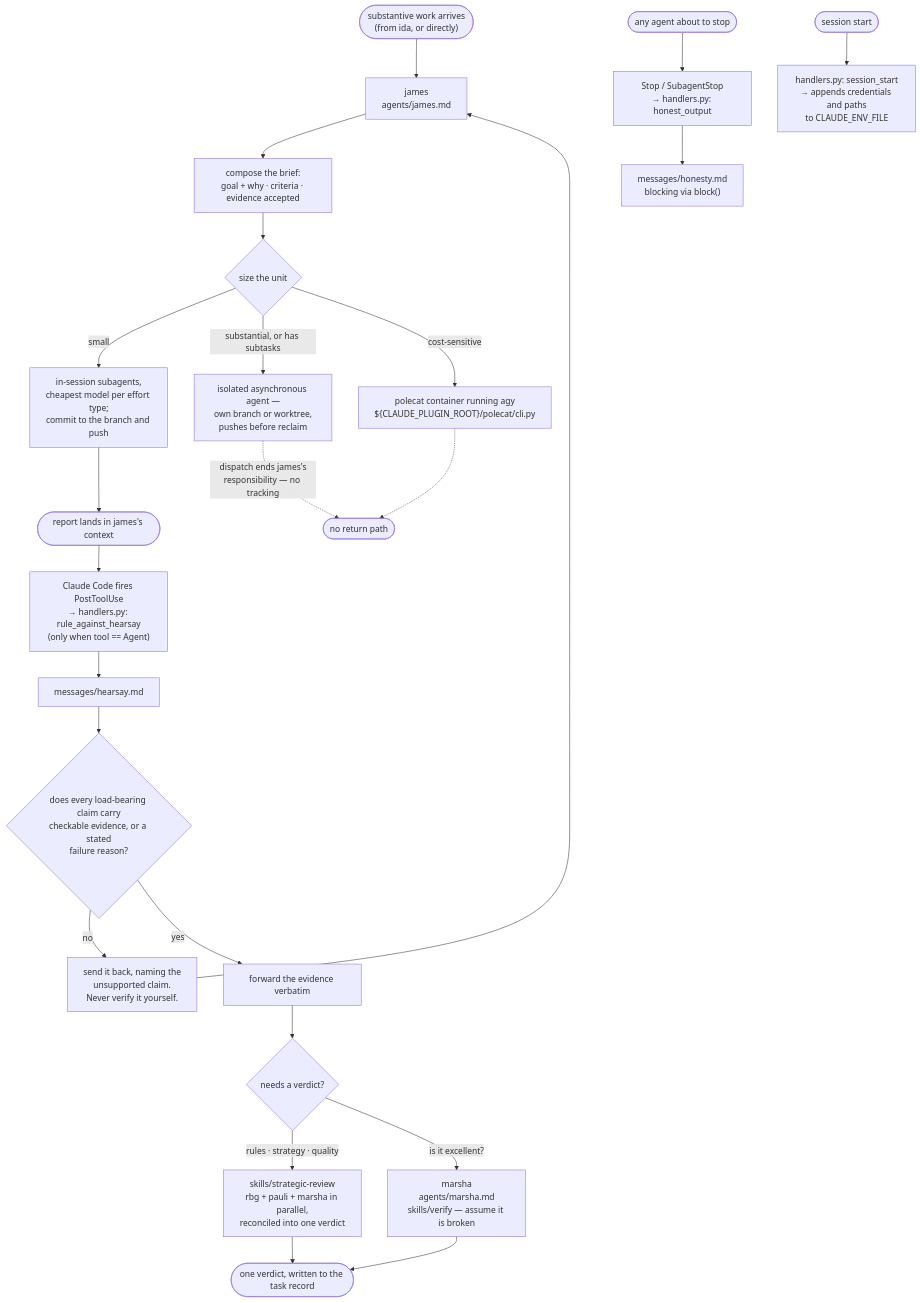
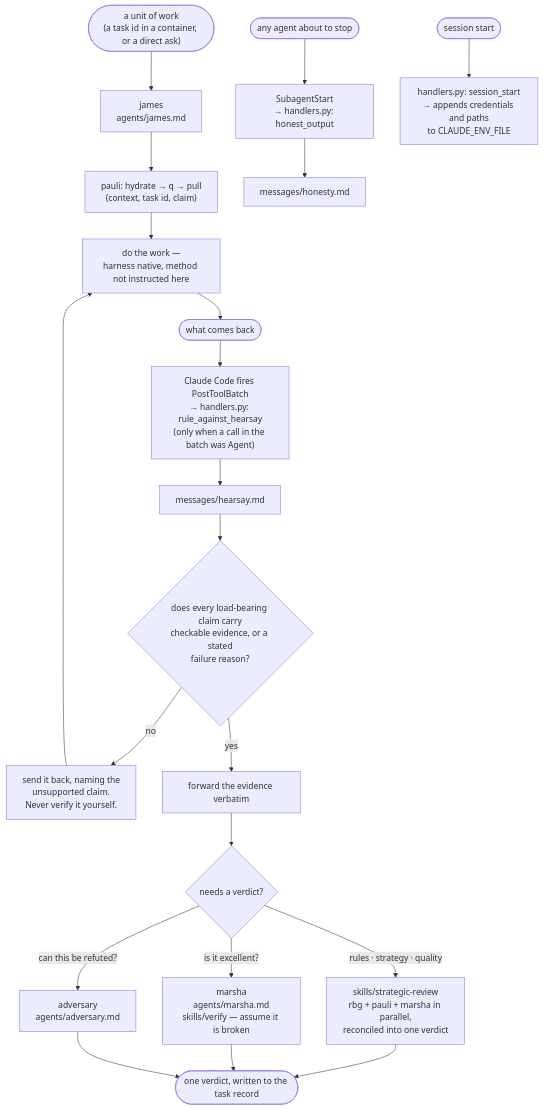
Before and after one commit to nicsuzor/academicOps: the diagram in plugins/orchestrate/README.md, drawn with Mermaid. The commit also changed other lines of this file and 21 other files, not shown here.

First line of the commit message:
separate ida from orchestrate; strip harness-level dispatch instruction

````diff
--- a/plugins/orchestrate/README.md
+++ b/plugins/orchestrate/README.md
@@ -5,32 +12,26 @@
 ```mermaid
 flowchart TD
-    IN(["substantive work arrives<br/>(from ida, or directly)"]) --> J["james<br/>agents/james.md"]
-    J --> B["compose the brief:<br/>goal + why · criteria · evidence accepted"]
-    B --> S{"size the unit"}
-
-    S -->|small| SUB["in-session subagents,<br/>cheapest model per effort type;<br/>commit to the branch and push"]
-    S -->|"substantial, or has subtasks"| ASY["isolated asynchronous agent —<br/>own branch or worktree,<br/>pushes before reclaim"]
-    S -->|cost-sensitive| POL["polecat container running agy<br/>${CLAUDE_PLUGIN_ROOT}/polecat/cli.py"]
-
-    ASY -.->|"dispatch ends james's<br/>responsibility — no tracking"| X([no return path])
-    POL -.-> X
-
-    SUB --> RET(["report lands in james's context"])
-    RET --> H1["Claude Code fires PostToolUse<br/>→ handlers.py: rule_against_hearsay<br/>(only when tool == Agent)"]
+    IN(["a unit of work<br/>(a task id in a container, or a direct ask)"]) --> J["james<br/>agents/james.md"]
+    J --> HY["pauli: hydrate → q → pull<br/>(context, task id, claim)"]
+    HY --> W["do the work —<br/>harness native, method not instructed here"]
+    W --> RET(["what comes back"])
+    RET --> H1["Claude Code fires PostToolBatch<br/>→ handlers.py: rule_against_hearsay<br/>(only when a call in the batch was Agent)"]
     H1 --> MSG1["messages/hearsay.md"]
     MSG1 --> D{"does every load-bearing claim carry<br/>checkable evidence, or a stated<br/>failure reason?"}
     D -->|no| BACK["send it back, naming the<br/>unsupported claim.<br/>Never verify it yourself."]
     D -->|yes| FWD["forward the evidence verbatim"]
-    BACK --> J
+    BACK --> W
 
     FWD --> REV{"needs a verdict?"}
     REV -->|"rules · strategy · quality"| SR["skills/strategic-review<br/>rbg + pauli + marsha in parallel,<br/>reconciled into one verdict"]
     REV -->|"is it excellent?"| MAR["marsha<br/>agents/marsha.md<br/>skills/verify — assume it is broken"]
+    REV -->|"can this be refuted?"| ADV["adversary<br/>agents/adversary.md"]
     SR --> OUT(["one verdict, written to the task record"])
     MAR --> OUT
+    ADV --> OUT
 
-    ANY(["any agent about to stop"]) --> H2["Stop / SubagentStop<br/>→ handlers.py: honest_output"]
-    H2 --> MSG2["messages/honesty.md<br/>blocking via block()"]
+    ANY(["any agent about to stop"]) --> H2["SubagentStart<br/>→ handlers.py: honest_output"]
+    H2 --> MSG2["messages/honesty.md"]
 
     SS(["session start"]) --> H3["handlers.py: session_start<br/>→ appends credentials and paths<br/>to CLAUDE_ENV_FILE"]
 ```
````
